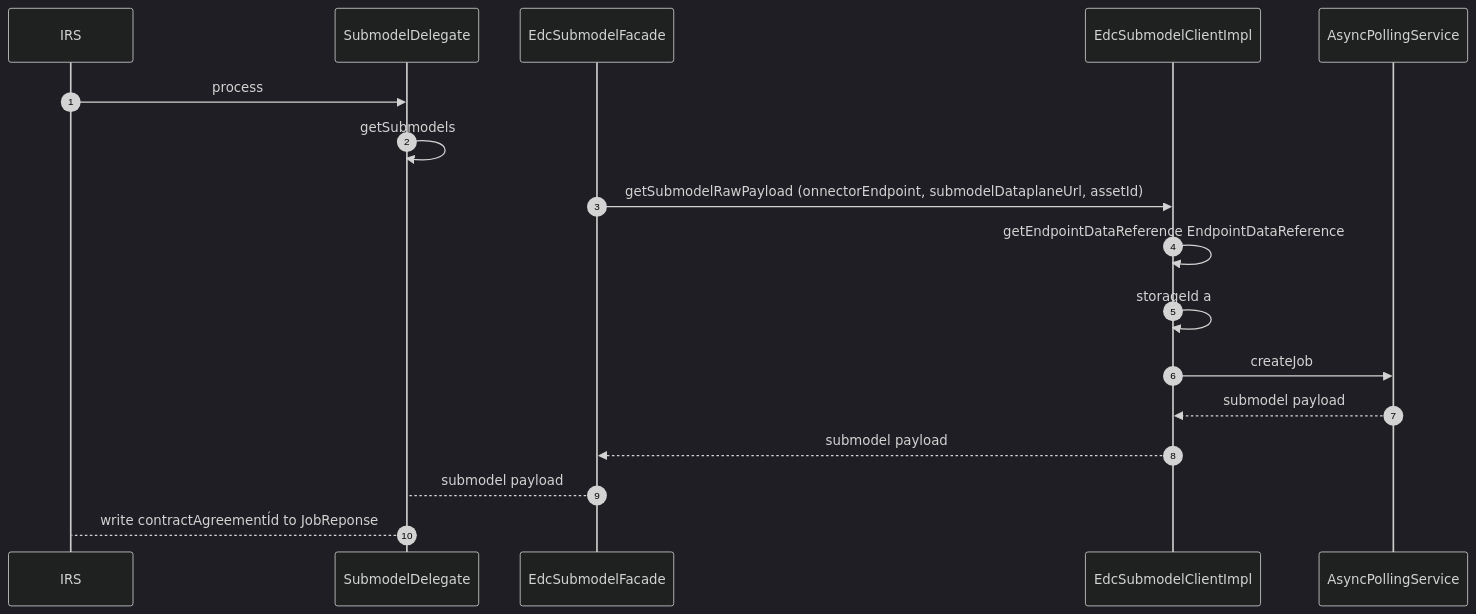
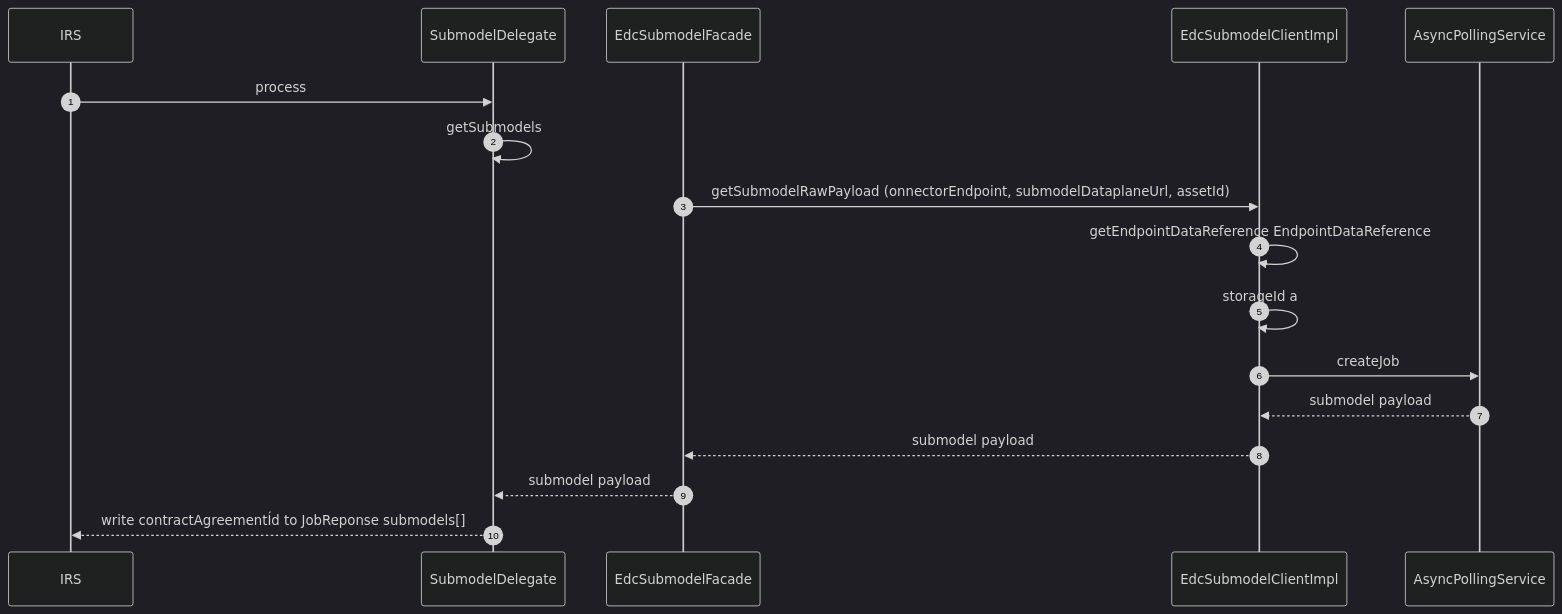
One commit to eclipse-tractusx/item-relationship-service changed the second of 4 diagrams in docs/concept/#322-Provisioning-of-contract-definiton-for-assets/#322-Provisioning-of-contract-definiton-for-assets.md. Above: the diagram before and after it, drawn with Mermaid. The commit also changed other lines of this file, not shown here.

`````diff
--- a/docs/concept/#322-Provisioning-of-contract-definiton-for-assets/#322-Provisioning-of-contract-definiton-for-assets.md
+++ b/docs/concept/#322-Provisioning-of-contract-definiton-for-assets/#322-Provisioning-of-contract-definiton-for-assets.md
@@ -119,16 +114,16 @@
 ````mermaid
 
 sequenceDiagram
     %%{init: {'theme': 'dark', 'themeVariables': { 'fontSize': '15px'}}}%%
     autonumber
     IRS ->> SubmodelDelegate : process 
     SubmodelDelegate ->> SubmodelDelegate : getSubmodels
     EdcSubmodelFacade ->> EdcSubmodelClientImpl : getSubmodelRawPayload (onnectorEndpoint, submodelDataplaneUrl, assetId)
     EdcSubmodelClientImpl ->> EdcSubmodelClientImpl : getEndpointDataReference EndpointDataReference
     EdcSubmodelClientImpl ->> EdcSubmodelClientImpl: storageId a
     EdcSubmodelClientImpl  ->>   AsyncPollingService : createJob 
     AsyncPollingService -->>  EdcSubmodelClientImpl: submodel payload 
     EdcSubmodelClientImpl -->> EdcSubmodelFacade : submodel payload
-    EdcSubmodelFacade --> SubmodelDelegate: submodel payload
-    SubmodelDelegate --> IRS: write contractAgreementÍd to JobReponse 
+    EdcSubmodelFacade -->> SubmodelDelegate: submodel payload
+    SubmodelDelegate -->> IRS: write contractAgreementÍd to JobReponse submodels[]
 ````
`````
